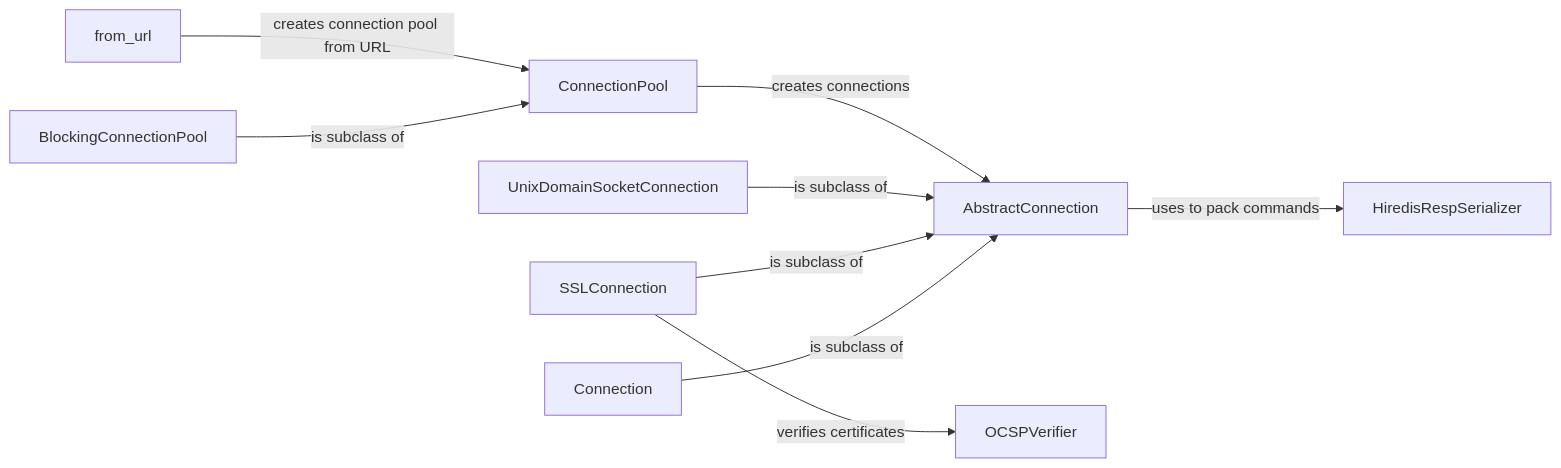
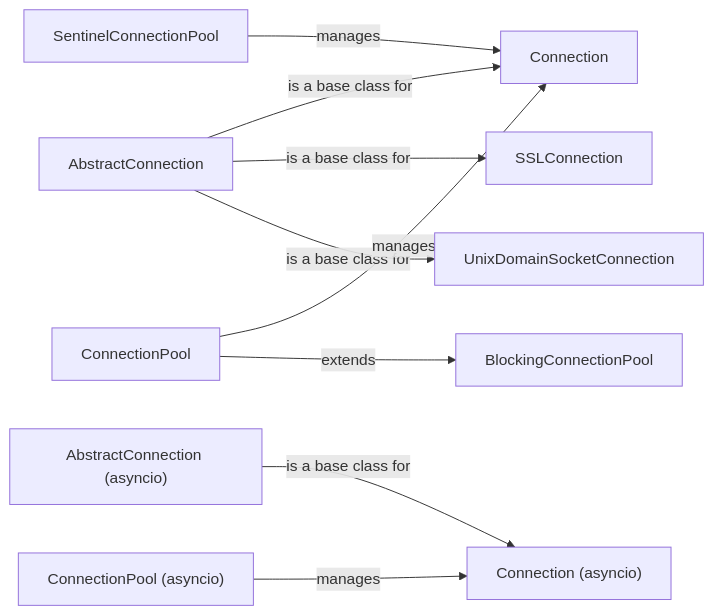
The diagram in redis-py/Connection Management.md (CodeBoarding/GeneratedOnBoardings), drawn with Mermaid before and after one commit. The commit also changed other lines of this file and 14 other files, not shown here.

````diff
--- a/redis-py/Connection Management.md
+++ b/redis-py/Connection Management.md
@@ -1,20 +1,21 @@
 ```mermaid
 graph LR
     AbstractConnection["AbstractConnection"]
     Connection["Connection"]
     SSLConnection["SSLConnection"]
     UnixDomainSocketConnection["UnixDomainSocketConnection"]
     ConnectionPool["ConnectionPool"]
     BlockingConnectionPool["BlockingConnectionPool"]
-    HiredisRespSerializer["HiredisRespSerializer"]
-    from_url["from_url"]
-    OCSPVerifier["OCSPVerifier"]
-    Connection -- "is subclass of" --> AbstractConnection
-    SSLConnection -- "is subclass of" --> AbstractConnection
-    UnixDomainSocketConnection -- "is subclass of" --> AbstractConnection
-    ConnectionPool -- "creates connections" --> AbstractConnection
-    BlockingConnectionPool -- "is subclass of" --> ConnectionPool
-    AbstractConnection -- "uses to pack commands" --> HiredisRespSerializer
-    from_url -- "creates connection pool from URL" --> ConnectionPool
-    SSLConnection -- "verifies certificates" --> OCSPVerifier
+    AbstractConnection_asyncio_["AbstractConnection (asyncio)"]
+    Connection_asyncio_["Connection (asyncio)"]
+    ConnectionPool_asyncio_["ConnectionPool (asyncio)"]
+    SentinelConnectionPool["SentinelConnectionPool"]
+    AbstractConnection -- "is a base class for" --> Connection
+    AbstractConnection -- "is a base class for" --> SSLConnection
+    AbstractConnection -- "is a base class for" --> UnixDomainSocketConnection
+    ConnectionPool -- "manages" --> Connection
+    ConnectionPool -- "extends" --> BlockingConnectionPool
+    AbstractConnection_asyncio_ -- "is a base class for" --> Connection_asyncio_
+    ConnectionPool_asyncio_ -- "manages" --> Connection_asyncio_
+    SentinelConnectionPool -- "manages" --> Connection
 ```
````
